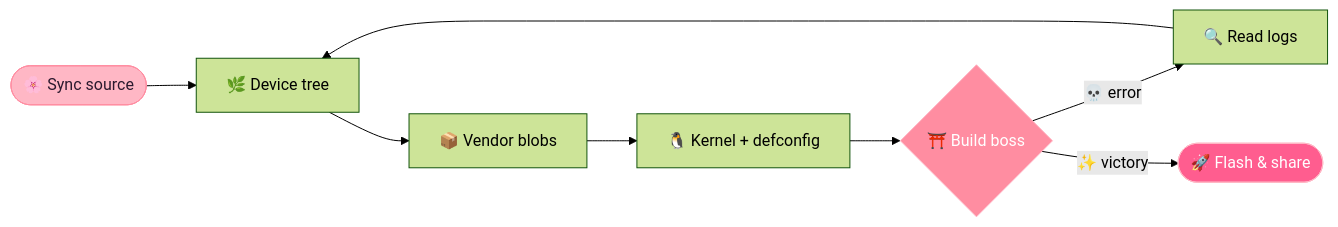
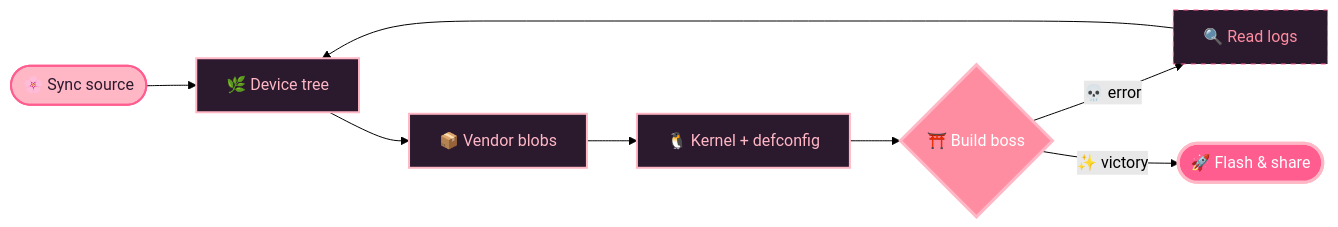
The diagram in README.md (Huy7684/Huy7684), drawn with Mermaid (forest theme) before and after one commit. The commit also changed other lines of this file, not shown here.

````diff
--- a/README.md
+++ b/README.md
@@ -44,13 +48,17 @@
 ```mermaid
 flowchart LR
     A([🌸 Sync source]) --> B[🌿 Device tree]
     B --> C[📦 Vendor blobs]
     C --> D[🐧 Kernel + defconfig]
     D --> E{⛩️ Build boss}
     E -->|💀 error| F[🔍 Read logs]
     F --> B
     E -->|✨ victory| G([🚀 Flash & share])
-    style A fill:#FFB7C5,stroke:#FF8DA1,color:#2b192e
-    style E fill:#FF8DA1,stroke:#FFB7C5,color:#fff
-    style G fill:#FF5D8F,stroke:#FFB7C5,color:#fff
+    style A fill:#FFB7C5,stroke:#FF5D8F,stroke-width:2px,color:#2b192e
+    style B fill:#2b192e,stroke:#FFB7C5,stroke-width:2px,color:#FFB7C5
+    style C fill:#2b192e,stroke:#FFB7C5,stroke-width:2px,color:#FFB7C5
+    style D fill:#2b192e,stroke:#FFB7C5,stroke-width:2px,color:#FFB7C5
+    style F fill:#2b192e,stroke:#FF5D8F,stroke-dasharray: 5 5,color:#FF8DA1
+    style E fill:#FF8DA1,stroke:#FFB7C5,stroke-width:3px,color:#fff
+    style G fill:#FF5D8F,stroke:#FFB7C5,stroke-width:3px,color:#fff
 ```
````
